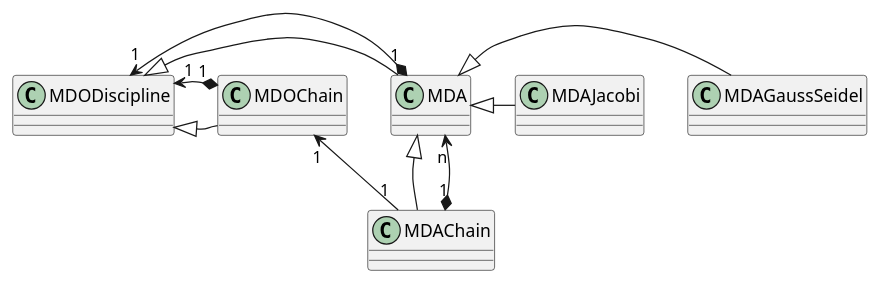
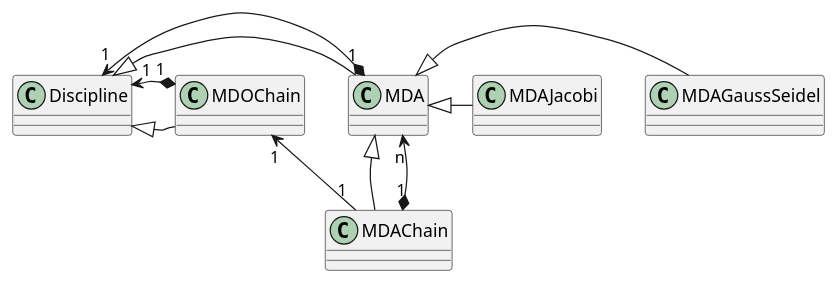
Before and after one commit to gemseo/gemseo: the third of 5 diagrams in doc_src/software/system_architecture.rst, drawn with PlantUML. The commit also changed other lines of this file and 267 other files, not shown here.

```diff
--- a/doc_src/software/system_architecture.rst
+++ b/doc_src/software/system_architecture.rst
@@ -286,28 +286,28 @@
 .. uml::
 
    @startuml
-   class MDODiscipline {
+   class Discipline {
    }
    class MDA {
    }
    class MDOChain {
    }
    class MDAJacobi {
    }
    class MDAGaussSeidel {
    }
    class MDAChain {
    }
 
-   MDODiscipline <|- MDA
-   MDA "1" *-> "1" MDODiscipline
+   Discipline <|- MDA
+   MDA "1" *-> "1" Discipline
    MDA <|- MDAJacobi
    MDA <|- MDAGaussSeidel
-   MDODiscipline <|- MDOChain
+   Discipline <|- MDOChain
    MDA <|- MDAChain
    MDOChain "1" <-- "1" MDAChain
    MDAChain "1" *-> "n" MDA
-   MDOChain "1" *-> "1" MDODiscipline
+   MDOChain "1" *-> "1" Discipline
 
 
    @end uml
```
